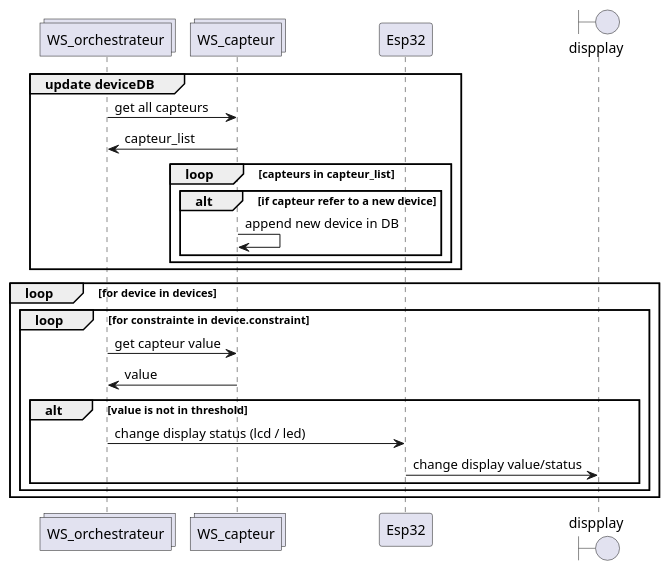
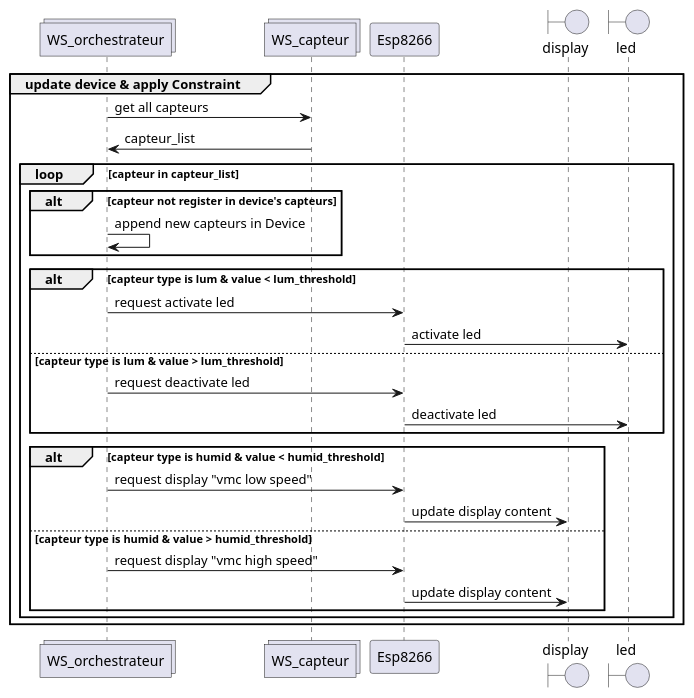
Before and after one commit to 6ixela/conception: the diagram in sequence2.puml, drawn with PlantUML. The commit also changed 3 other files, not shown here.

```diff
--- a/sequence2.puml
+++ b/sequence2.puml
@@ -1,32 +1,39 @@
 @@startuml senario_activation_orchestateur
 
 
 collections WS_orchestrateur as wso
 collections WS_capteur as wsc
-participant Esp32 as esp
-boundary dispplay as di
+participant Esp8266 as esp
+boundary display as di
+boundary led as led
 
-group update deviceDB 
+group update device & apply Constraint
     wso -> wsc : get all capteurs
     wsc -> wso : capteur_list 
-    loop capteurs in capteur_list
-        alt if capteur refer to a new device
-            wsc -> wsc : append new device in DB
+    loop capteur in capteur_list
+        alt capteur not register in device's capteurs
+            wso -> wso : append new capteurs in Device
         end
-    end
-end
 
-loop for device in devices
-    loop for constrainte in device.constraint
-        wso -> wsc : get capteur value
-        wsc -> wso : value 
-        alt value is not in threshold 
-            wso -> esp : change display status (lcd / led)
-            esp -> di : change display value/status
+        alt capteur type is lum & value < lum_threshold
+            wso -> esp : request activate led
+            esp -> led : activate led
+        else capteur type is lum & value > lum_threshold
+            wso -> esp : request deactivate led 
+            esp -> led : deactivate led
+        end
+
+        alt capteur type is humid & value < humid_threshold
+            wso -> esp : request display "vmc low speed"
+            esp -> di : update display content
+        else capteur type is humid & value > humid_threshold
+            wso -> esp : request display "vmc high speed"
+            esp -> di : update display content
         end
     end
 end
 
 
 
+
 @@enduml
```
